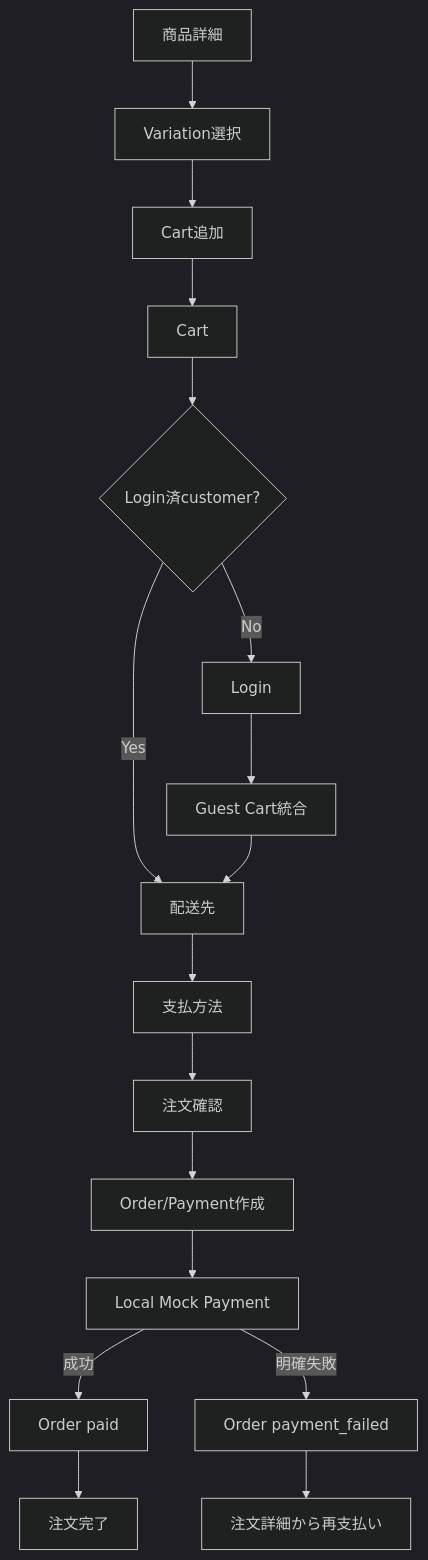
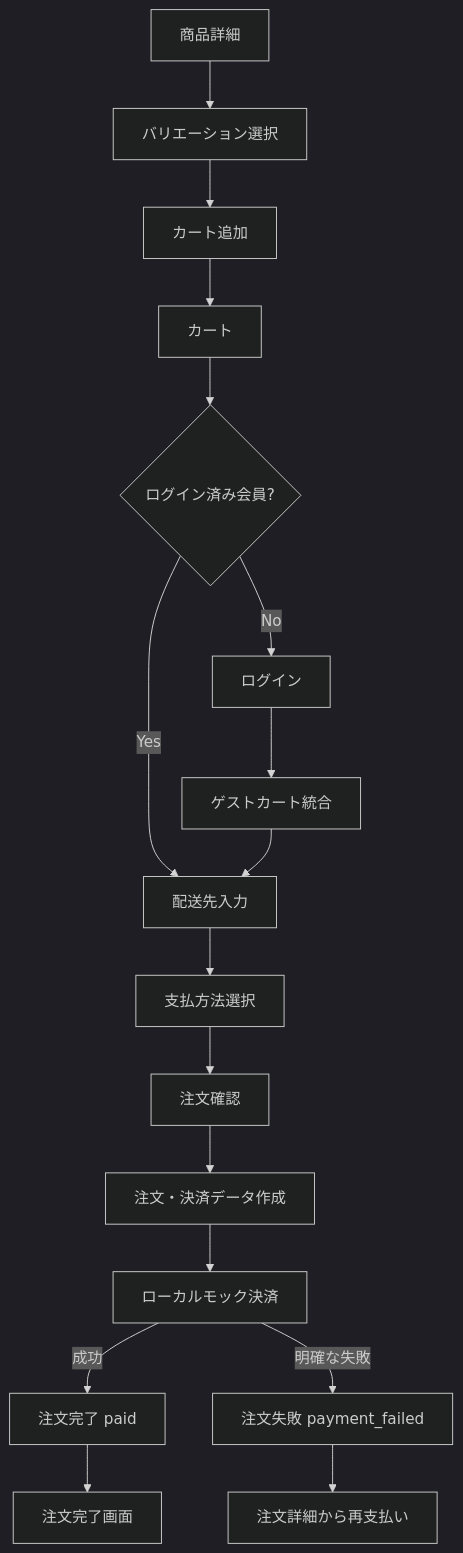
One commit to ryu-yoshikawa-pro-vision/qa-training-store changed the second of 4 diagrams in docs/06_flows/user_flows.md. Above: the diagram before and after it, drawn with Mermaid (dark theme). The commit also changed other lines of this file and 125 other files, not shown here.

````diff
--- a/docs/06_flows/user_flows.md
+++ b/docs/06_flows/user_flows.md
@@ -38,19 +38,19 @@
 ```mermaid
 flowchart TD
-  A[商品詳細] --> B[Variation選択]
-  B --> C[Cart追加]
-  C --> D[Cart]
-  D --> E{Login済customer?}
-  E -- No --> F[Login]
-  F --> G[Guest Cart統合]
-  E -- Yes --> H[配送先]
+  A[商品詳細] --> B[バリエーション選択]
+  B --> C[カート追加]
+  C --> D[カート]
+  D --> E{ログイン済み会員?}
+  E -- No --> F[ログイン]
+  F --> G[ゲストカート統合]
+  E -- Yes --> H[配送先入力]
   G --> H
-  H --> I[支払方法]
+  H --> I[支払方法選択]
   I --> J[注文確認]
-  J --> K[Order/Payment作成]
-  K --> L[Local Mock Payment]
-  L -->|成功| M[Order paid]
-  L -->|明確失敗| N[Order payment_failed]
-  M --> O[注文完了]
+  J --> K[注文・決済データ作成]
+  K --> L[ローカルモック決済]
+  L -->|成功| M[注文完了 paid]
+  L -->|明確な失敗| N[注文失敗 payment_failed]
+  M --> O[注文完了画面]
   N --> P[注文詳細から再支払い]
 ```
````
